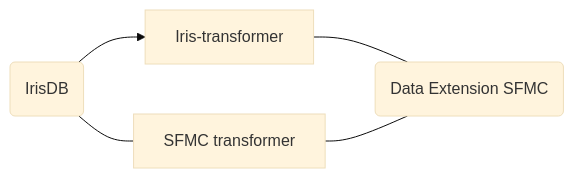
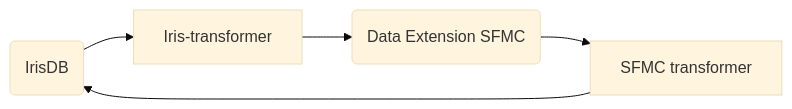
Before and after one commit to HivemindTechnologies/hays-prospect-fast-reply: the first of 2 diagrams in README.md, drawn with Mermaid (base theme). The commit also changed other lines of this file and 20 other files, not shown here.

````diff
--- a/README.md
+++ b/README.md
@@ -23,13 +23,12 @@
 ```mermaid
 flowchart LR
 is(IrisDB)
 isT[Iris-transformer]
 sfmc(Data Extension SFMC)
 sfmcT[SFMC transformer]
 
     is --> isT
-    isT --- sfmc
-    sfmcT --- sfmc
-    is --- sfmcT  
-    
+    isT --> sfmc
+    sfmc --> sfmcT
+    sfmcT --> is
 ```
````
